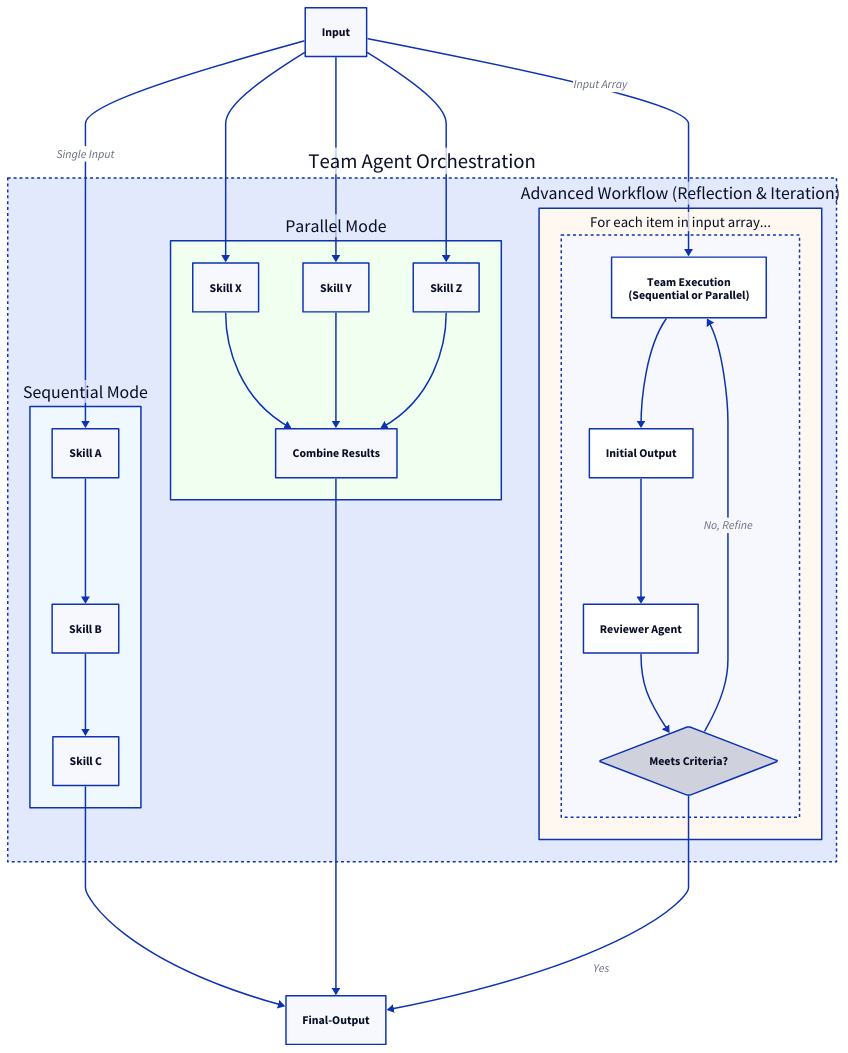
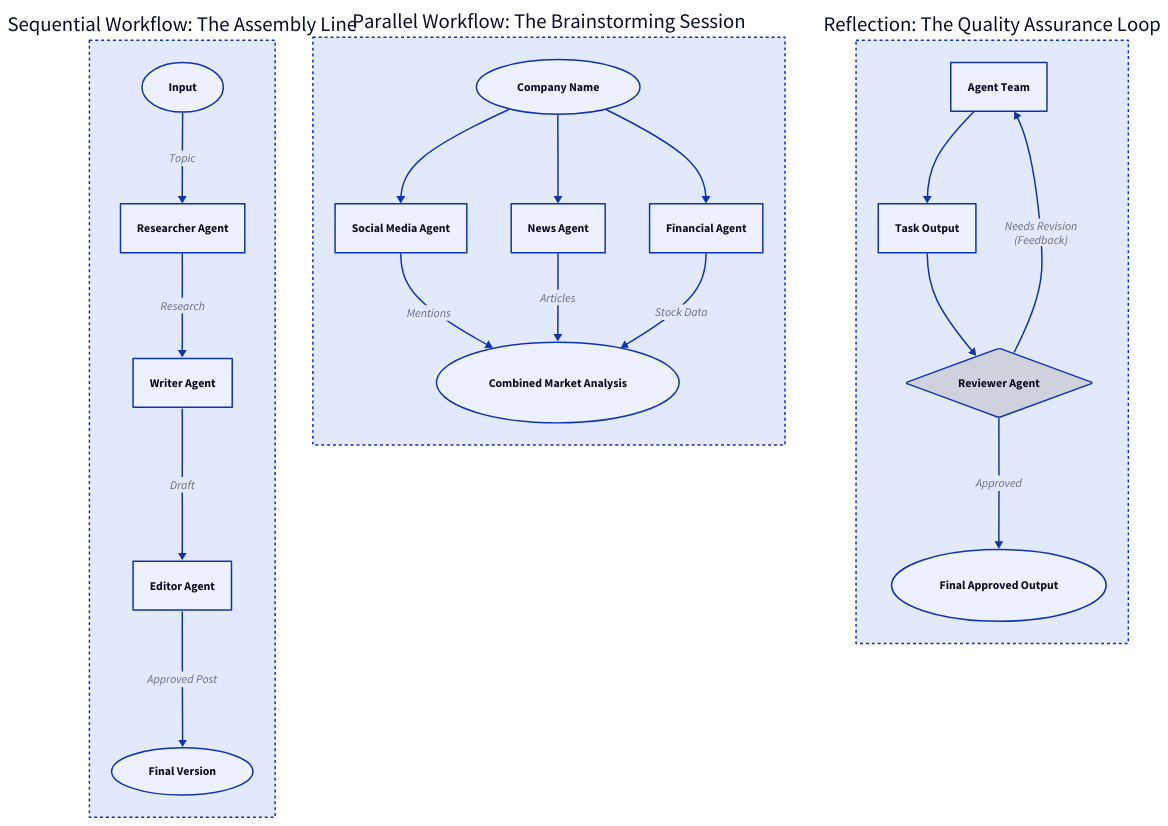
One commit to AIGNE-io/aigne-framework changed the diagram in .aigne/doc-smith/docs/user-guide-understanding-agents-agent-teams.md. Above: the diagram before and after it, drawn with D2. The commit also changed other lines of this file and 191 other files, not shown here.

````diff
--- a/.aigne/doc-smith/docs/user-guide-understanding-agents-agent-teams.md
+++ b/.aigne/doc-smith/docs/user-guide-understanding-agents-agent-teams.md
@@ -19,70 +42,55 @@
 ```d2
 direction: down
 
-Input
-
-TeamAgent: {
-  label: "Team Agent Orchestration"
-  shape: rectangle
+Sequential-Workflow: {
+  label: "Sequential Workflow: The Assembly Line"
   style.stroke-dash: 2
 
-  Sequential-Mode: {
-    label: "Sequential Mode"
-    shape: rectangle
-    style.fill: "#f0f8ff"
-    Skill-A: "Skill A"
-    Skill-B: "Skill B"
-    Skill-C: "Skill C"
-    Skill-A -> Skill-B -> Skill-C
-  }
+  Input: { shape: oval }
+  Researcher: "Researcher Agent"
+  Writer: "Writer Agent"
+  Editor: "Editor Agent"
+  Output: { label: "Final Version"; shape: oval }
 
-  Parallel-Mode: {
-    label: "Parallel Mode"
-    shape: rectangle
-    style.fill: "#f0fff0"
-    Skill-X: "Skill X"
-    Skill-Y: "Skill Y"
-    Skill-Z: "Skill Z"
-    Combine-Results: "Combine Results"
-    Skill-X -> Combine-Results
-    Skill-Y -> Combine-Results
-    Skill-Z -> Combine-Results
-  }
-
-  Advanced-Workflow: {
-    label: "Advanced Workflow (Reflection & Iteration)"
-    shape: rectangle
-    style.fill: "#fff8f0"
-    Process-Item: {
-      label: "For each item in input array..."
-      shape: rectangle
-      style.stroke-dash: 2
-      Team-Execution: "Team Execution\n(Sequential or Parallel)"
-      Initial-Output: "Initial Output"
-      Reviewer-Agent: "Reviewer Agent"
-      Meets-Criteria: {
-        label: "Meets Criteria?"
-        shape: diamond
-      }
-      Team-Execution -> Initial-Output
-      Initial-Output -> Reviewer-Agent
-      Reviewer-Agent -> Meets-Criteria
-      Meets-Criteria -> Team-Execution: "No, Refine"
-    }
-  }
+  Input -> Researcher: "Topic"
+  Researcher -> Writer: "Research"
+  Writer -> Editor: "Draft"
+  Editor -> Output: "Approved Post"
 }
 
-Final-Output
+Parallel-Workflow: {
+  label: "Parallel Workflow: The Brainstorming Session"
+  style.stroke-dash: 2
 
-Input -> TeamAgent.Sequential-Mode.Skill-A: "Single Input"
-TeamAgent.Sequential-Mode.Skill-C -> Final-Output
+  Input: { label: "Company Name"; shape: oval }
+  Social-Media: "Social Media Agent"
+  News: "News Agent"
+  Financial: "Financial Agent"
+  Output: { label: "Combined Market Analysis"; shape: oval }
 
-Input -> TeamAgent.Parallel-Mode.Skill-X
-Input -> TeamAgent.Parallel-Mode.Skill-Y
-Input -> TeamAgent.Parallel-Mode.Skill-Z
-TeamAgent.Parallel-Mode.Combine-Results -> Final-Output
+  Input -> Social-Media
+  Input -> News
+  Input -> Financial
+  Social-Media -> Output: "Mentions"
+  News -> Output: "Articles"
+  Financial -> Output: "Stock Data"
+}
 
-Input -> TeamAgent.Advanced-Workflow.Process-Item.Team-Execution: "Input Array"
-TeamAgent.Advanced-Workflow.Process-Item.Meets-Criteria -> Final-Output: "Yes"
+Reflection-Workflow: {
+  label: "Reflection: The Quality Assurance Loop"
+  style.stroke-dash: 2
 
+  Team: "Agent Team"
+  Task-Output: "Task Output"
+  Reviewer: {
+    label: "Reviewer Agent"
+    shape: diamond
+  }
+  Final-Output: { label: "Final Approved Output"; shape: oval }
+
+  Team -> Task-Output
+  Task-Output -> Reviewer
+  Reviewer -> Final-Output: "Approved"
+  Reviewer -> Team: "Needs Revision\n(Feedback)"
+}
 ```
````
